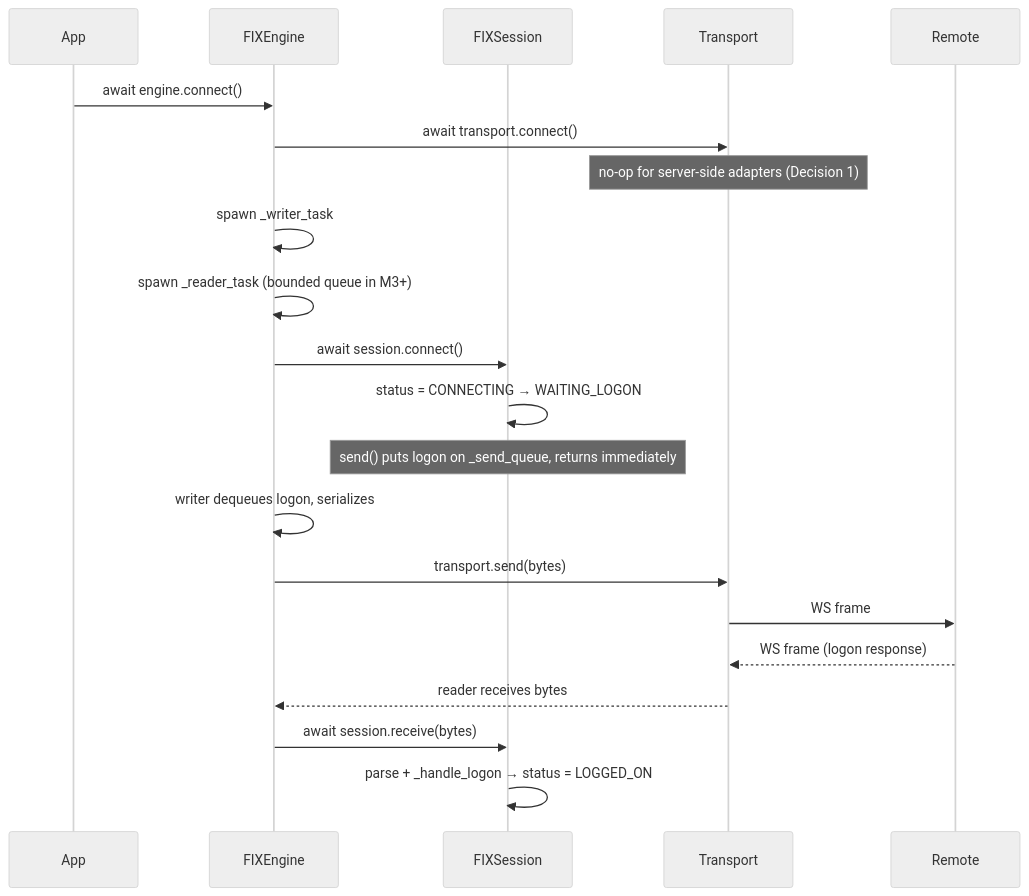
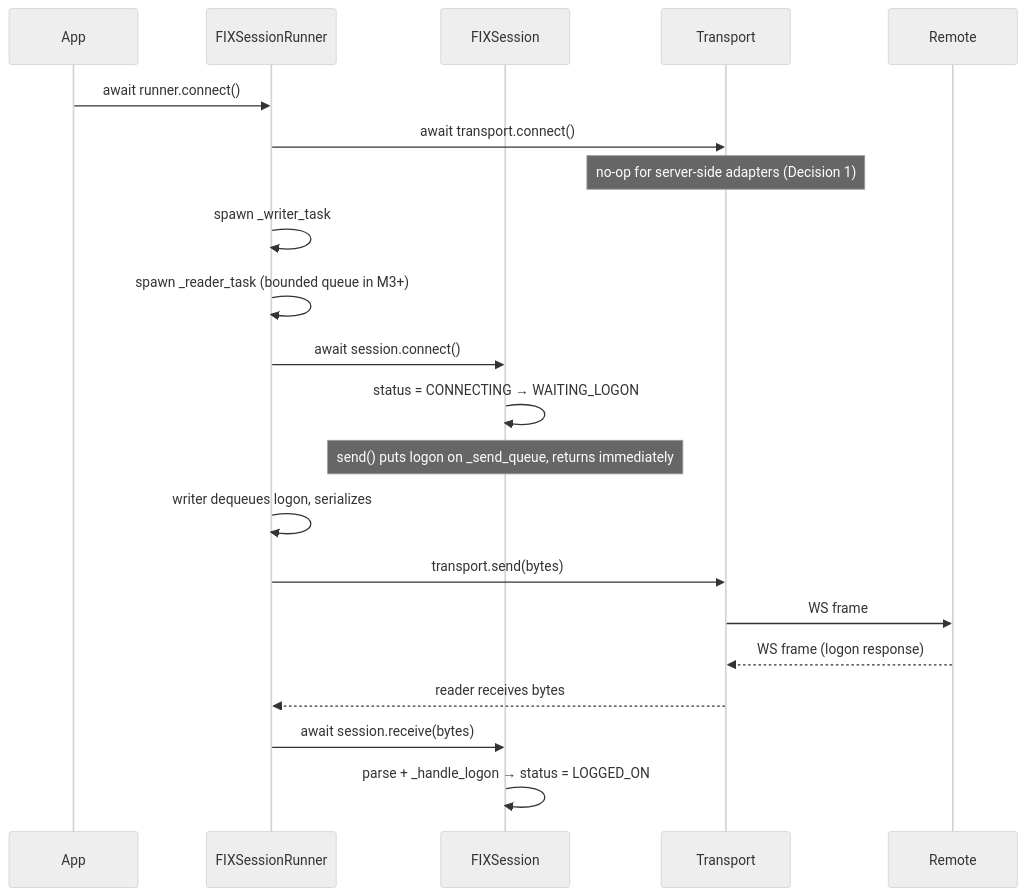
One commit to MatiasAgelvis/Fixwire changed the second of 6 diagrams in docs/design/session-transport.md. Above: the diagram before and after it, drawn with Mermaid (neutral theme). The commit also changed other lines of this file and 9 other files, not shown here.

First line of the commit message:
refactor(runner): rename FIXEngine to FIXSessionRunner

````diff
--- a/docs/design/session-transport.md
+++ b/docs/design/session-transport.md
@@ -278,24 +278,24 @@
 ```mermaid
 sequenceDiagram
     participant App
-    participant Eng as FIXEngine
+    participant Eng as FIXSessionRunner
     participant S as FIXSession
     participant T as Transport
     participant R as Remote
 
-    App->>Eng: await engine.connect()
+    App->>Eng: await runner.connect()
     Eng->>T: await transport.connect()
     Note over T: no-op for server-side adapters (Decision 1)
     Eng->>Eng: spawn _writer_task
     Eng->>Eng: spawn _reader_task (bounded queue in M3+)
     Eng->>S: await session.connect()
     S->>S: status = CONNECTING → WAITING_LOGON
     Note over S: send() puts logon on _send_queue, returns immediately
     Eng->>Eng: writer dequeues logon, serializes
     Eng->>T: transport.send(bytes)
     T->>R: WS frame
     R-->>T: WS frame (logon response)
     T-->>Eng: reader receives bytes
     Eng->>S: await session.receive(bytes)
     S->>S: parse + _handle_logon → status = LOGGED_ON
 ```
````
